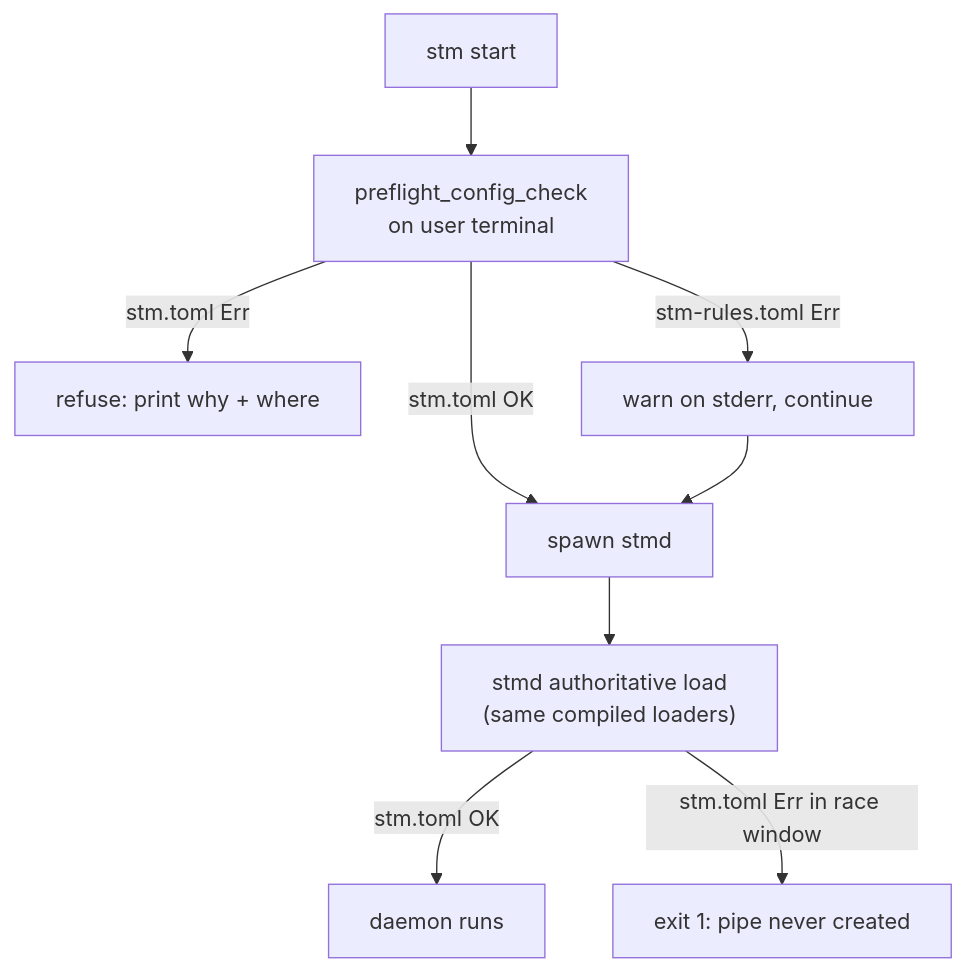
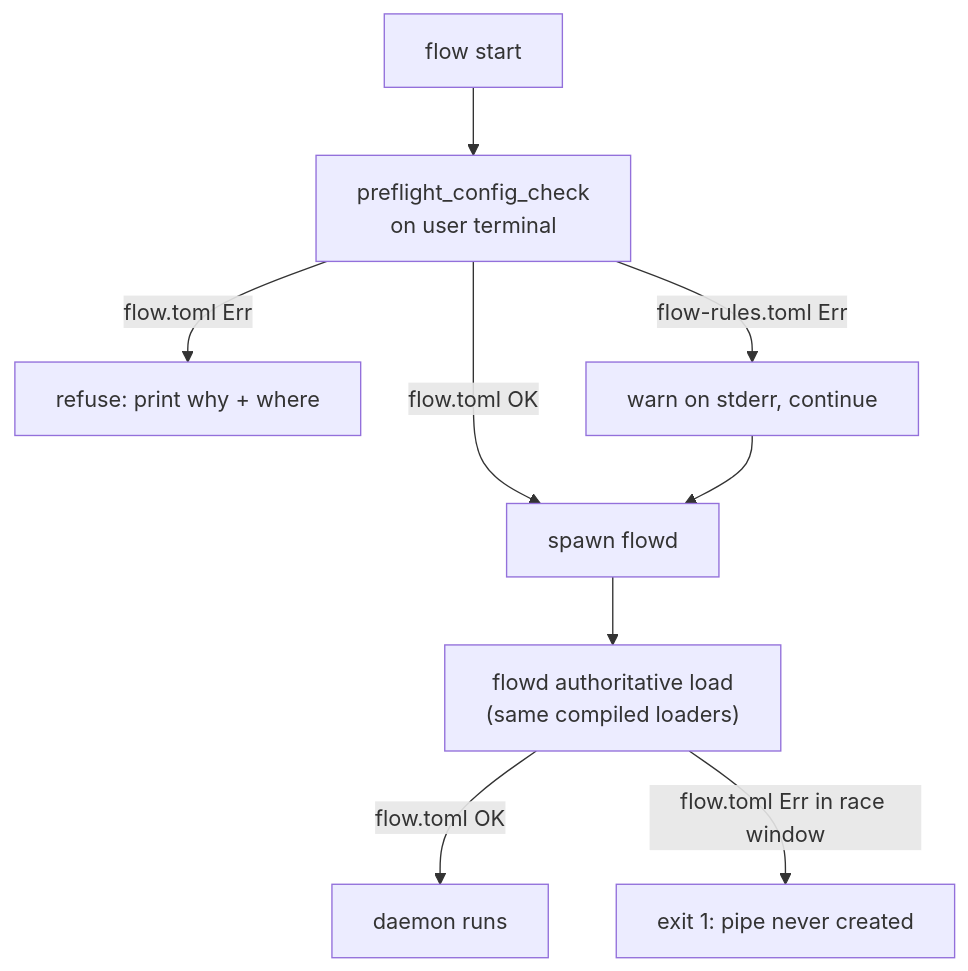
The third of 5 diagrams in docs/src/dev-guide/config-and-persistence.md (CCpcalvin/flow-wm), drawn with Mermaid before and after one commit. The commit also changed other lines of this file and 108 other files, not shown here.

Commit message:
refactor: rename project from scrolling-tiling-manager to flow-wm

````diff
--- a/docs/src/dev-guide/config-and-persistence.md
+++ b/docs/src/dev-guide/config-and-persistence.md
@@ -112,11 +112,11 @@
 ```mermaid
 flowchart TD
-    START["stm start"] --> PRE["preflight_config_check<br/>on user terminal"]
-    PRE -->|"stm.toml Err"| REFUSE["refuse: print why + where"]
-    PRE -->|"stm-rules.toml Err"| WARN["warn on stderr, continue"]
-    PRE -->|"stm.toml OK"| SPAWN["spawn stmd"]
+    START["flow start"] --> PRE["preflight_config_check<br/>on user terminal"]
+    PRE -->|"flow.toml Err"| REFUSE["refuse: print why + where"]
+    PRE -->|"flow-rules.toml Err"| WARN["warn on stderr, continue"]
+    PRE -->|"flow.toml OK"| SPAWN["spawn flowd"]
     WARN --> SPAWN
-    SPAWN --> AUTH["stmd authoritative load<br/>(same compiled loaders)"]
-    AUTH -->|"stm.toml OK"| RUN["daemon runs"]
-    AUTH -->|"stm.toml Err in race window"| DIE["exit 1: pipe never created"]
+    SPAWN --> AUTH["flowd authoritative load<br/>(same compiled loaders)"]
+    AUTH -->|"flow.toml OK"| RUN["daemon runs"]
+    AUTH -->|"flow.toml Err in race window"| DIE["exit 1: pipe never created"]
 ```
````
